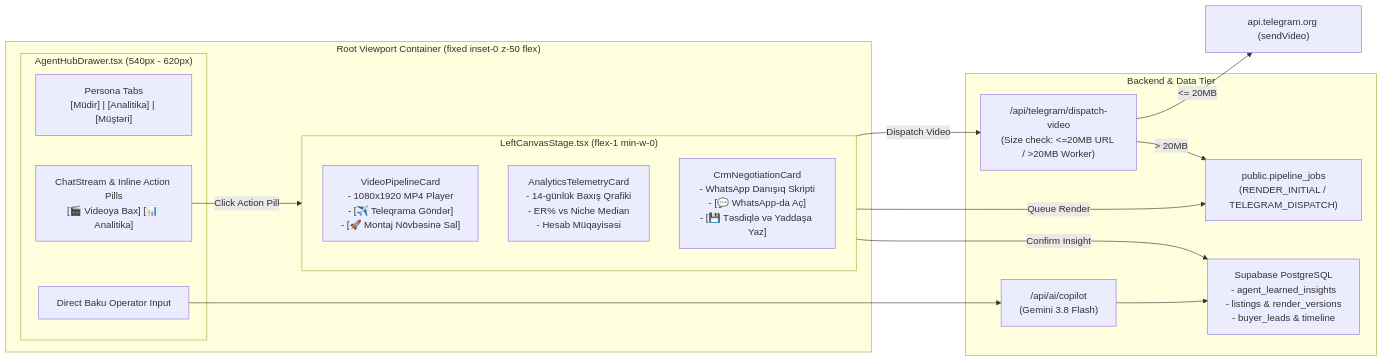
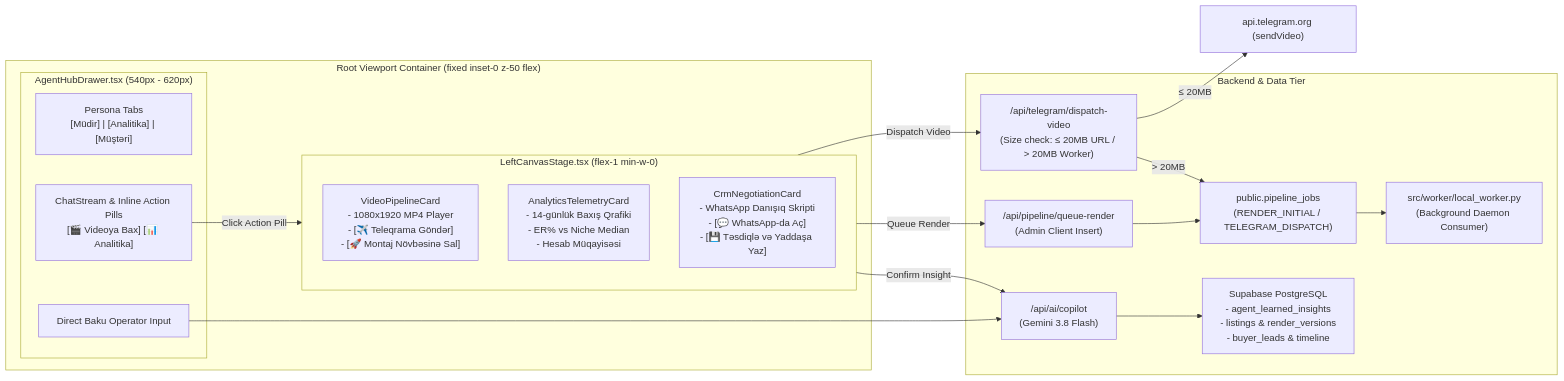
The first of 3 diagrams in docs/designs/left_canvas_action_stage_and_tri_persona_copilot.md (fxbluster/BakuEstate-AI), drawn with Mermaid before and after one commit. The commit also changed other lines of this file, not shown here.

Commit message:
docs(design): apply round 1 EGM review fixes for tri-persona copilot

````diff
--- a/docs/designs/left_canvas_action_stage_and_tri_persona_copilot.md
+++ b/docs/designs/left_canvas_action_stage_and_tri_persona_copilot.md
@@ -92,32 +92,36 @@
 ```mermaid
 flowchart LR
     subgraph UI_Cockpit ["Root Viewport Container (fixed inset-0 z-50 flex)"]
         subgraph LeftCanvas ["LeftCanvasStage.tsx (flex-1 min-w-0)"]
             direction TB
             VCard["VideoPipelineCard\n- 1080x1920 MP4 Player\n- [✈️ Teleqrama Göndər]\n- [🚀 Montaj Növbəsinə Sal]"]
             ACard["AnalyticsTelemetryCard\n- 14-günlük Baxış Qrafiki\n- ER% vs Niche Median\n- Hesab Müqayisəsi"]
             CCard["CrmNegotiationCard\n- WhatsApp Danışıq Skripti\n- [💬 WhatsApp-da Aç]\n- [💾 Təsdiqlə və Yaddaşa Yaz]"]
         end
         subgraph RightDrawer ["AgentHubDrawer.tsx (540px - 620px)"]
             Tabs["Persona Tabs\n[Müdir] | [Analitika] | [Müştəri]"]
             ChatStream["ChatStream & Inline Action Pills\n[🎬 Videoya Bax] [📊 Analitika]"]
             PromptInput["Direct Baku Operator Input"]
         end
     end
 
     subgraph Backend_Services ["Backend & Data Tier"]
         CopilotAPI["/api/ai/copilot\n(Gemini 3.8 Flash)"]
-        TelegramRoute["/api/telegram/dispatch-video\n(Size check: <=20MB URL / >20MB Worker)"]
+        TelegramRoute["/api/telegram/dispatch-video\n(Size check: &le; 20MB URL / > 20MB Worker)"]
+        PipelineRoute["/api/pipeline/queue-render\n(Admin Client Insert)"]
         PipelineJobs["public.pipeline_jobs\n(RENDER_INITIAL / TELEGRAM_DISPATCH)"]
+        LocalWorker["src/worker/local_worker.py\n(Background Daemon Consumer)"]
         SupabaseDB["Supabase PostgreSQL\n- agent_learned_insights\n- listings & render_versions\n- buyer_leads & timeline"]
     end
 
-    ChatStream -- "Click Action Pill" --> LeftCanvas
+    ChatStream -- "Click Action Pill" --> VCard
     PromptInput --> CopilotAPI
     CopilotAPI --> SupabaseDB
     VCard -- "Dispatch Video" --> TelegramRoute
-    VCard -- "Queue Render" --> PipelineJobs
-    CCard -- "Confirm Insight" --> SupabaseDB
-    TelegramRoute -- "<= 20MB" --> TelegramAPI["api.telegram.org (sendVideo)"]
+    VCard -- "Queue Render" --> PipelineRoute
+    PipelineRoute --> PipelineJobs
+    PipelineJobs --> LocalWorker
+    CCard -- "Confirm Insight" --> CopilotAPI
+    TelegramRoute -- "&le; 20MB" --> TelegramAPI["api.telegram.org (sendVideo)"]
     TelegramRoute -- "> 20MB" --> PipelineJobs
 ```
````
